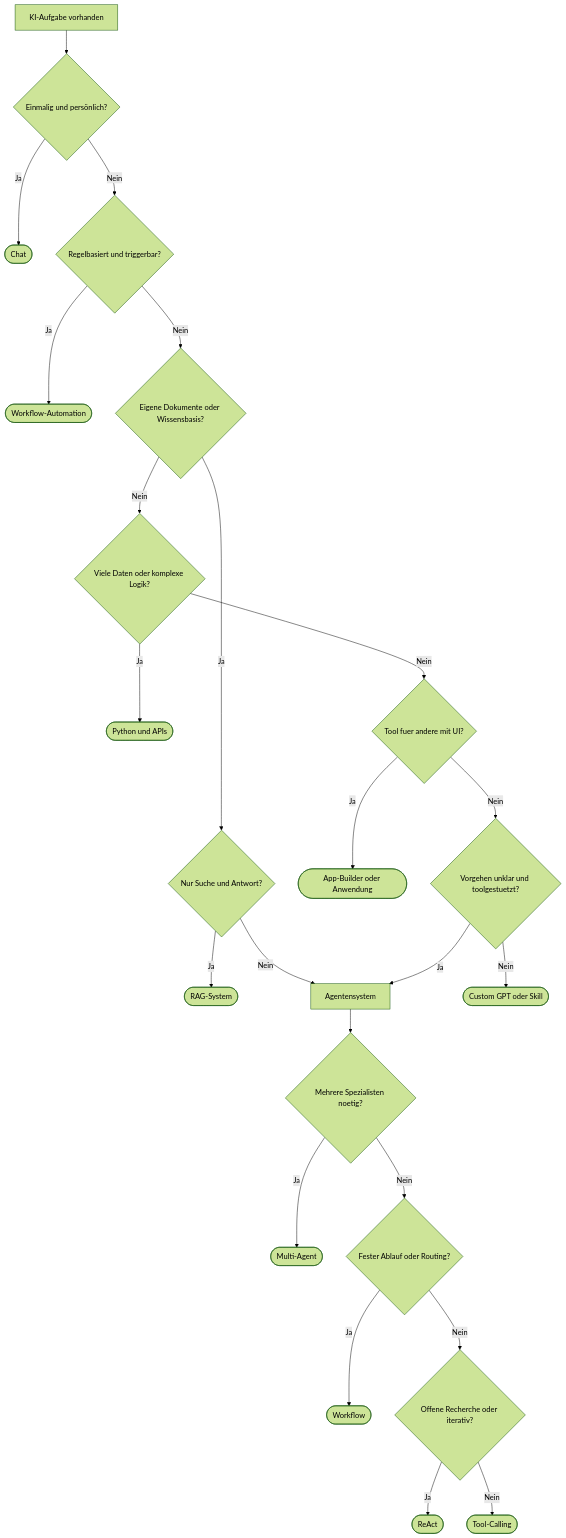
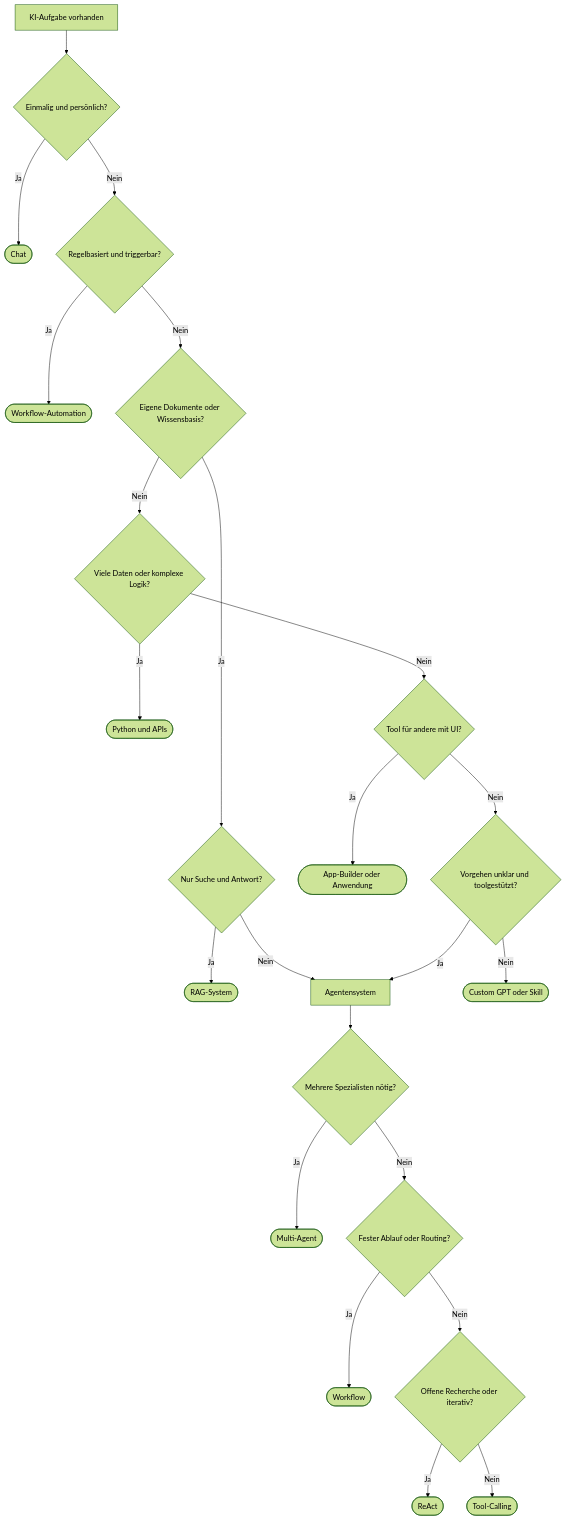
The diagram in docs/concepts/einstieg/aufgabenklassen-und-loesungswege.md (ralf-42/Agenten), drawn with Mermaid (forest theme) before and after one commit. The commit also changed other lines of this file and 22 other files, not shown here.

````diff
--- a/docs/concepts/einstieg/aufgabenklassen-und-loesungswege.md
+++ b/docs/concepts/einstieg/aufgabenklassen-und-loesungswege.md
@@ -116,26 +116,26 @@
 ```mermaid
 flowchart TD
     A[KI-Aufgabe vorhanden] --> B{Einmalig und persönlich?}
     B -->|Ja| B1([Chat])
     B -->|Nein| C{Regelbasiert und triggerbar?}
     C -->|Ja| C1([Workflow-Automation])
     C -->|Nein| D{Eigene Dokumente oder Wissensbasis?}
     D -->|Ja| D0{Nur Suche und Antwort?}
     D0 -->|Ja| D1([RAG-System])
     D0 -->|Nein| AG
     D -->|Nein| E{Viele Daten oder komplexe Logik?}
     E -->|Ja| E1([Python und APIs])
-    E -->|Nein| F{Tool fuer andere mit UI?}
+    E -->|Nein| F{Tool für andere mit UI?}
     F -->|Ja| F1([App-Builder oder Anwendung])
-    F -->|Nein| G{Vorgehen unklar und toolgestuetzt?}
+    F -->|Nein| G{Vorgehen unklar und toolgestützt?}
     G -->|Nein| H1([Custom GPT oder Skill])
     G -->|Ja| AG[Agentensystem]
 
-    AG --> AG1{Mehrere Spezialisten noetig?}
+    AG --> AG1{Mehrere Spezialisten nötig?}
     AG1 -->|Ja| MA([Multi-Agent])
     AG1 -->|Nein| AG2{Fester Ablauf oder Routing?}
     AG2 -->|Ja| WF([Workflow])
     AG2 -->|Nein| AG3{Offene Recherche oder iterativ?}
     AG3 -->|Ja| RE([ReAct])
     AG3 -->|Nein| TC([Tool-Calling])
 ```
````
